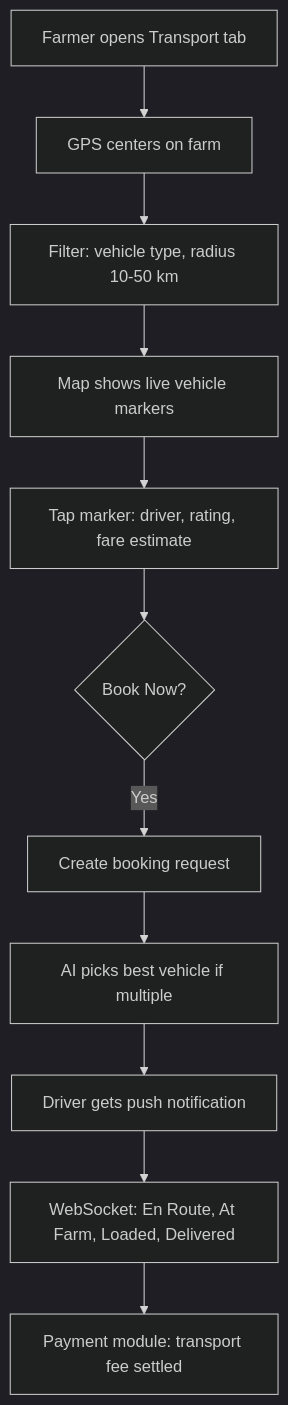
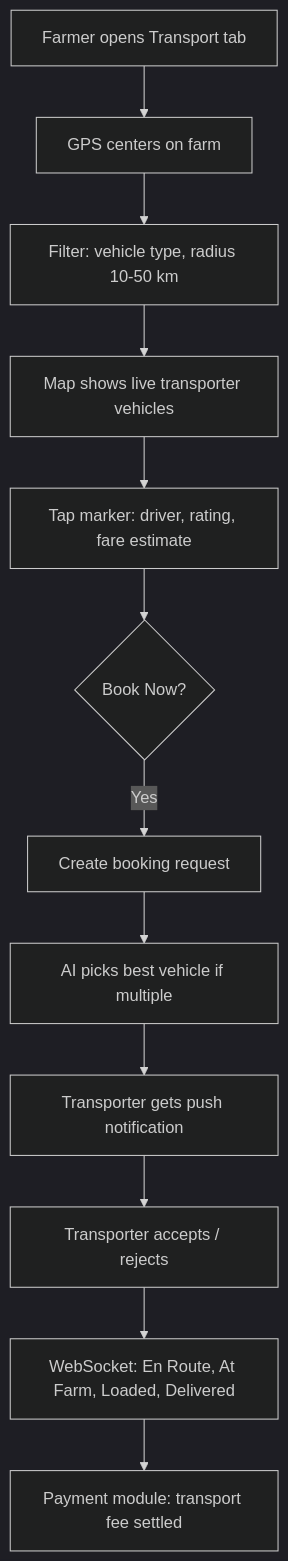
Before and after one commit to Kunal-Katkar/Cloud-Native-Food-Delivery-Platform: the fourth of 5 diagrams in README.md, drawn with Mermaid (dark theme). The commit also changed other lines of this file, not shown here.

````diff
--- a/README.md
+++ b/README.md
@@ -210,13 +331,14 @@
 ```mermaid
 flowchart TD
     A["Farmer opens Transport tab"] --> B["GPS centers on farm"]
     B --> C["Filter: vehicle type, radius 10-50 km"]
-    C --> D["Map shows live vehicle markers"]
+    C --> D["Map shows live transporter vehicles"]
     D --> E["Tap marker: driver, rating, fare estimate"]
     E --> F{"Book Now?"}
     F -->|Yes| G["Create booking request"]
     G --> H["AI picks best vehicle if multiple"]
-    H --> I["Driver gets push notification"]
-    I --> J["WebSocket: En Route, At Farm, Loaded, Delivered"]
-    J --> K["Payment module: transport fee settled"]
+    H --> I["Transporter gets push notification"]
+    I --> J["Transporter accepts / rejects"]
+    J --> K["WebSocket: En Route, At Farm, Loaded, Delivered"]
+    K --> L["Payment module: transport fee settled"]
 ```
````
